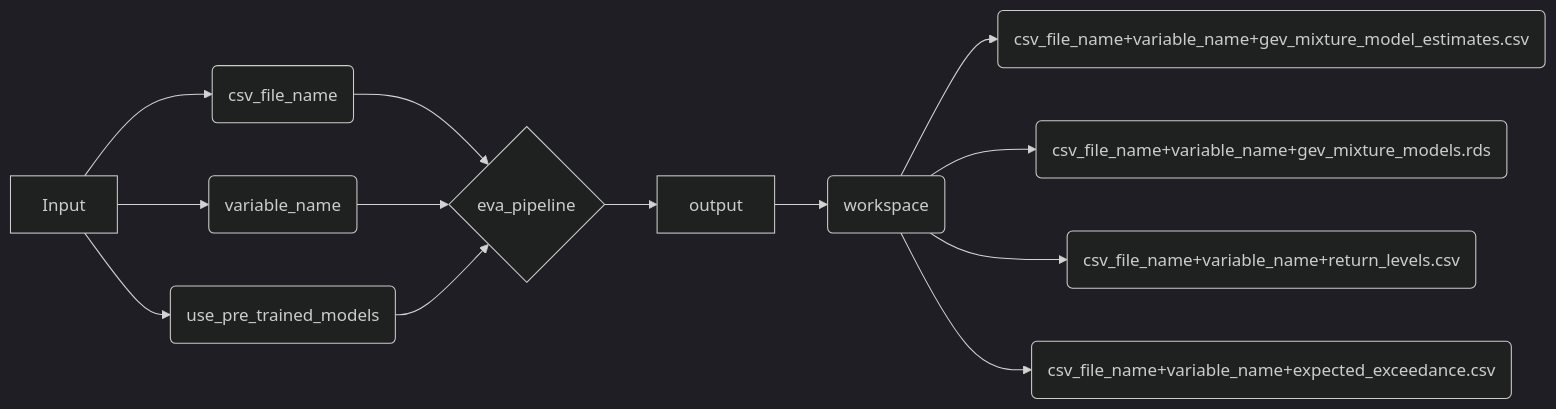
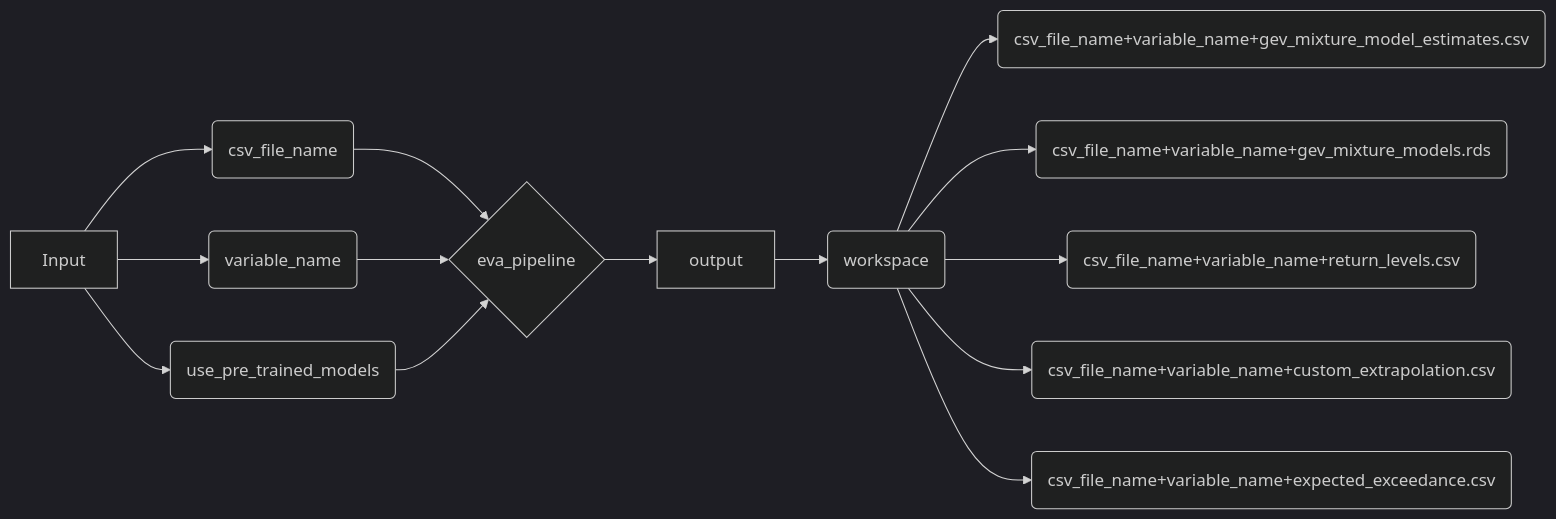
The seventh of 7 diagrams in model-operations.qmd (pdkengne/evops_manual), drawn with Mermaid (dark theme) before and after one commit. The commit also changed other lines of this file and 2 other files, not shown here.

````diff
--- a/model-operations.qmd
+++ b/model-operations.qmd
@@ -321,15 +336,16 @@
 ```{mermaid}
 flowchart LR
   I[Input] --> A(csv_file_name)
   I[Input] --> B(variable_name)
   I[Input] --> C1(use_pre_trained_models)
   A --> C{eva_pipeline}
   B --> C
   C1 --> C
   C --> O[output]
   O --> D(workspace)
   D --> D1(csv_file_name+variable_name+gev_mixture_model_estimates.csv)
   D --> D4(csv_file_name+variable_name+gev_mixture_models.rds)
   D --> D2(csv_file_name+variable_name+return_levels.csv)
+  D --> D5(csv_file_name+variable_name+custom_extrapolation.csv)
   D --> D3(csv_file_name+variable_name+expected_exceedance.csv)
 ```
````
